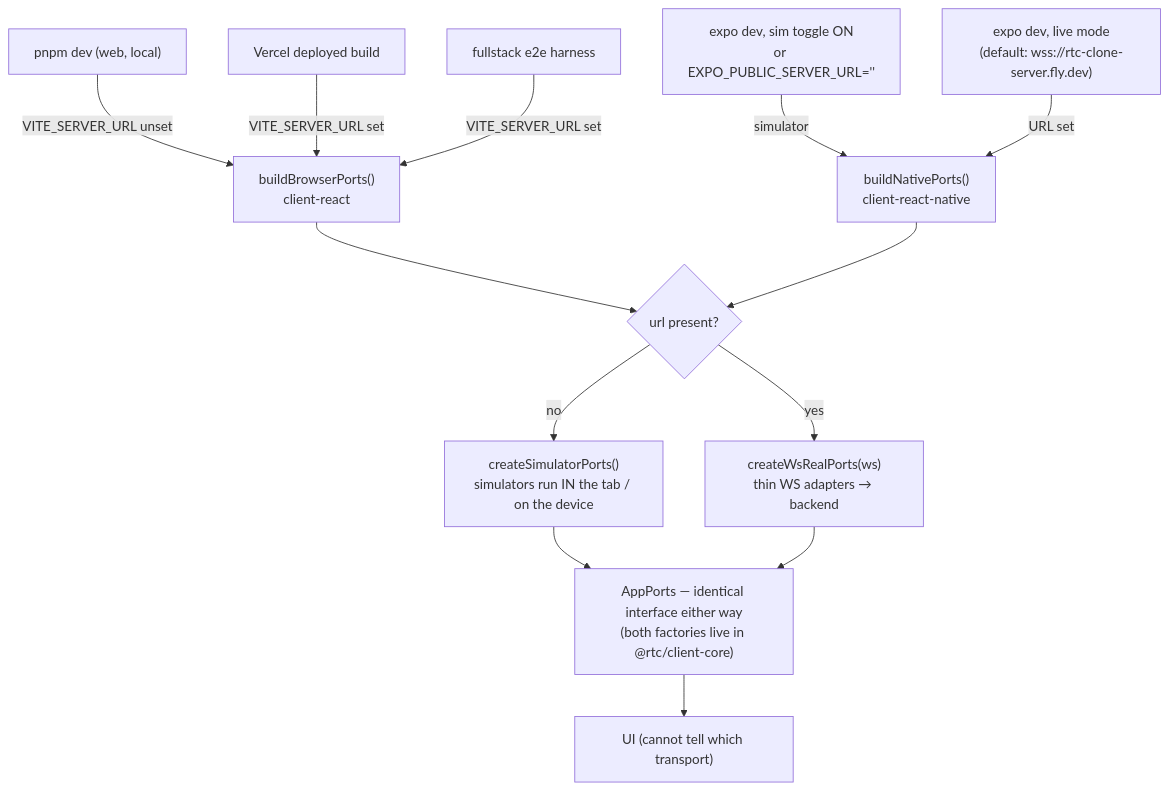
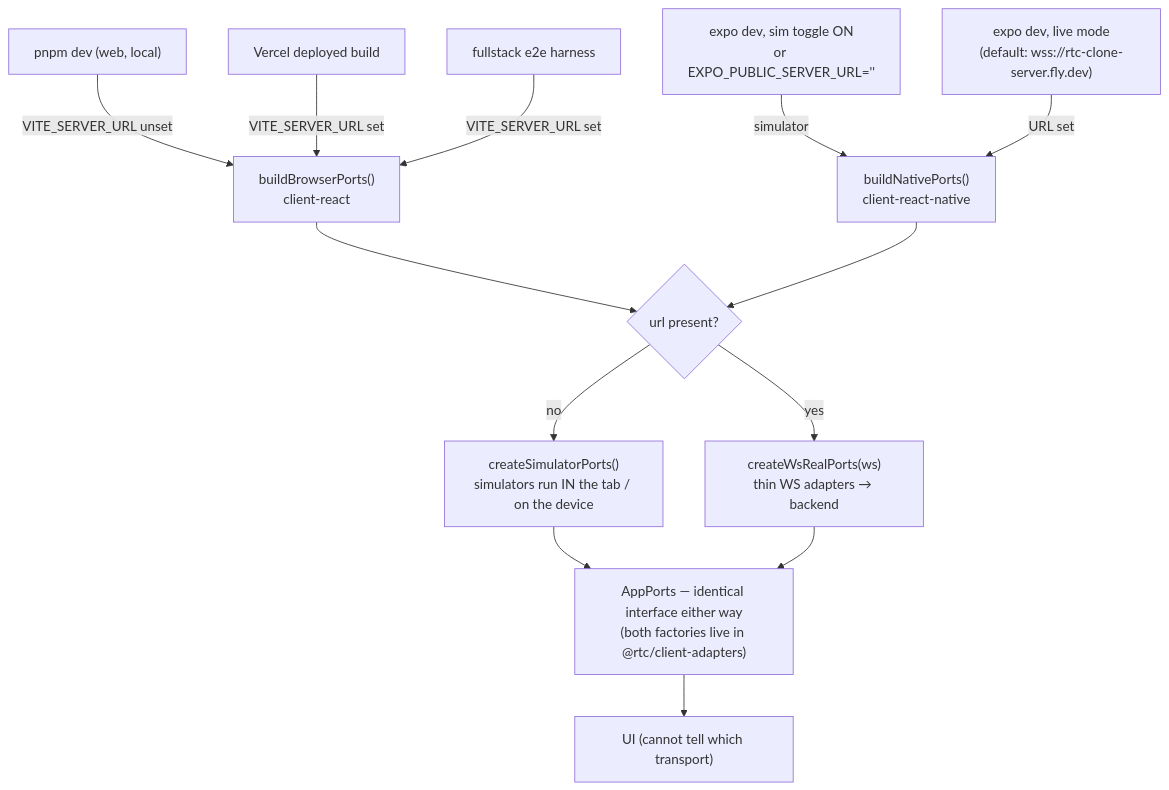
The first of 5 diagrams in docs/architecture/07-communication-patterns.md (bettersoftware-io/ReactiveTraderCloudClone), drawn with Mermaid before and after one commit. The commit also changed other lines of this file and 43 other files, not shown here.

First line of the commit message:
docs: the three sibling cores and @rtc/client-adapters; retire the import codemod

````diff
--- a/docs/architecture/07-communication-patterns.md
+++ b/docs/architecture/07-communication-patterns.md
@@ -80,16 +80,16 @@
 ```mermaid
 flowchart TD
     Dev["pnpm dev (web, local)"] -->|"VITE_SERVER_URL unset"| RootW
     Deploy["Vercel deployed build"] -->|"VITE_SERVER_URL set"| RootW
     E2E["fullstack e2e harness"] -->|"VITE_SERVER_URL set"| RootW
     Sim["expo dev, sim toggle ON<br/>or EXPO_PUBLIC_SERVER_URL=''"] -->|"simulator"| RootN
     Live["expo dev, live mode<br/>(default: wss://rtc-clone-server.fly.dev)"] -->|"URL set"| RootN
 
     RootW["buildBrowserPorts()<br/>client-react"] --> Q{"url present?"}
     RootN["buildNativePorts()<br/>client-react-native"] --> Q
     Q -->|"no"| SIM["createSimulatorPorts()<br/>simulators run IN the tab / on the device"]
     Q -->|"yes"| WS["createWsRealPorts(ws)<br/>thin WS adapters → backend"]
-    SIM --> Ports["AppPorts — identical interface either way<br/>(both factories live in @rtc/client-core)"]
+    SIM --> Ports["AppPorts — identical interface either way<br/>(both factories live in @rtc/client-adapters)"]
     WS --> Ports
     Ports --> UI["UI (cannot tell which transport)"]
 ```
````
